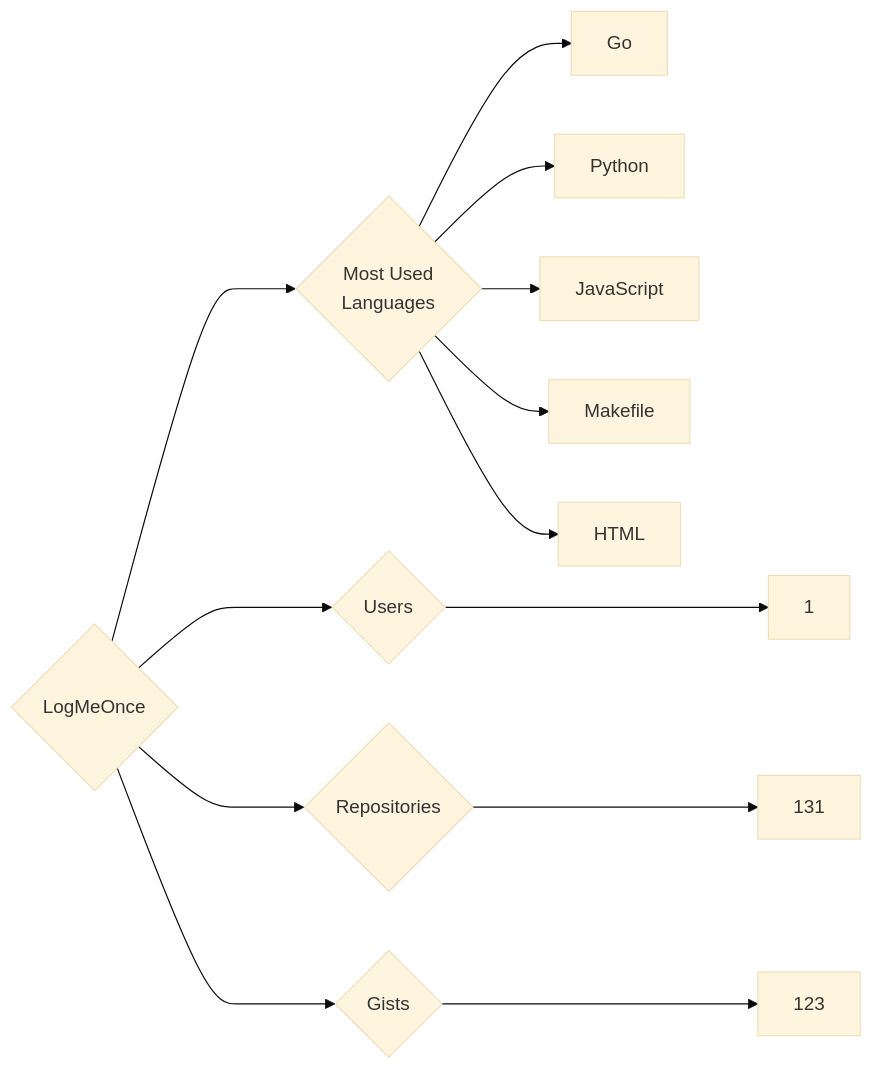
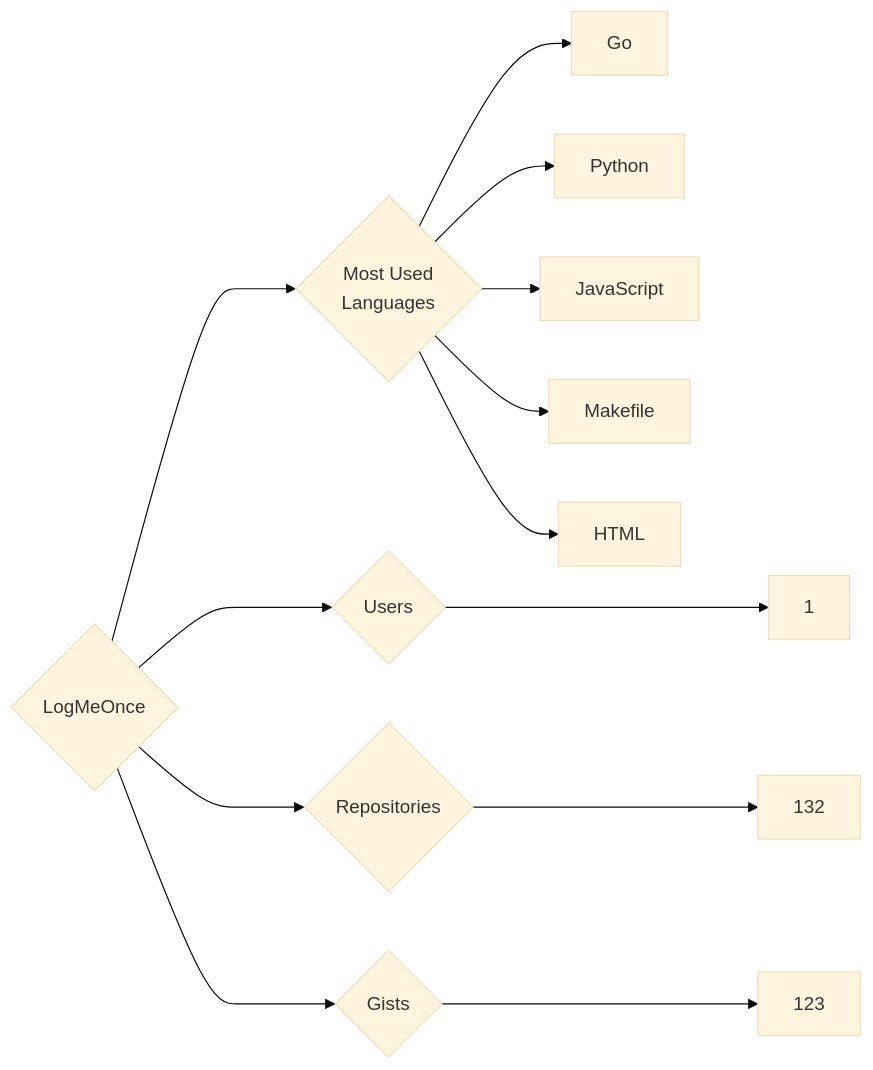
The diagram in targets/LogMeOnce/README.md (trickest/insiders), drawn with Mermaid (base theme) before and after one commit. The commit also changed 681 other files, not shown here.

````diff
--- a/targets/LogMeOnce/README.md
+++ b/targets/LogMeOnce/README.md
@@ -3,13 +3,13 @@
 ```mermaid
 graph LR
 COMPANY_NAME{LogMeOnce}
 COMPANY_NAME ---> U{Users} ---> UN[1]
-COMPANY_NAME ---> R{Repositories} ---> RN[131]
+COMPANY_NAME ---> R{Repositories} ---> RN[132]
 COMPANY_NAME ---> G{Gists} ---> GN[123]
 COMPANY_NAME ---> ML{Most Used<br>Languages}
 ML --> Go[Go]
 ML --> Python[Python]
 ML --> JavaScript[JavaScript]
 ML --> Makefile[Makefile]
 ML --> HTML[HTML]
 ```
````
